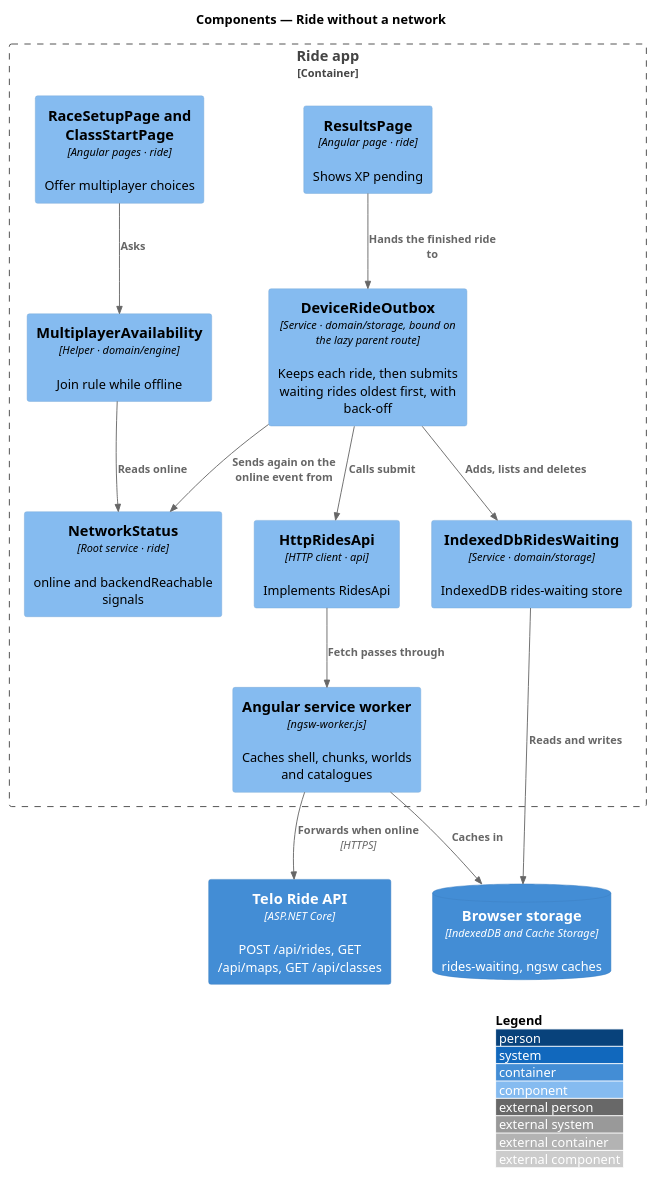
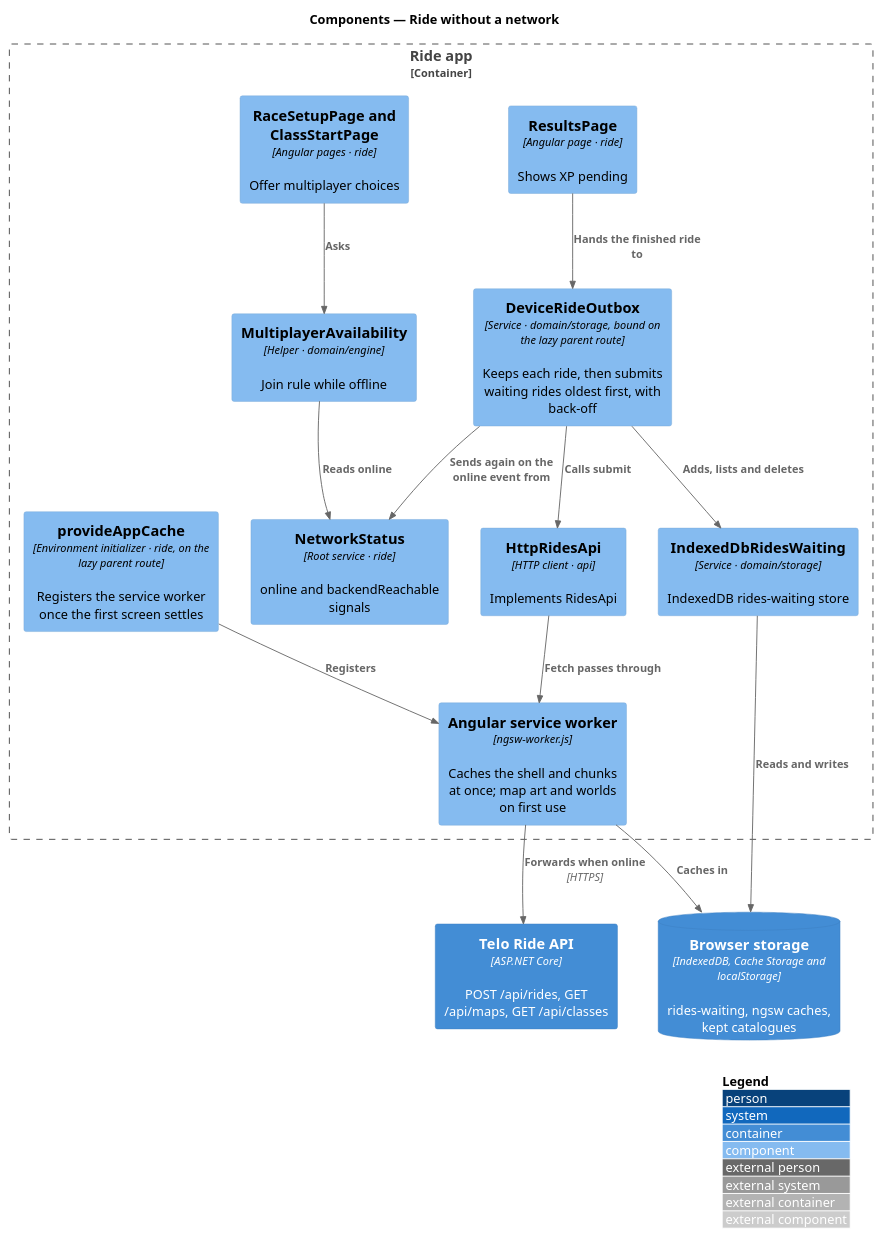
Before and after one commit to QuinntyneBrown/wattzup: the diagram in docs/detailed-designs/performance/ride-without-a-network/diagrams/c4-component.puml, drawn with PlantUML. The commit also changed 7 other files, not shown here.

First line of the commit message:
Design slice 17.2's app cache

```diff
--- a/docs/detailed-designs/performance/ride-without-a-network/diagrams/c4-component.puml
+++ b/docs/detailed-designs/performance/ride-without-a-network/diagrams/c4-component.puml
@@ -1,28 +1,30 @@
 @startuml
 !include <C4/C4_Component>
 LAYOUT_WITH_LEGEND()
 title Components — Ride without a network
 
 Container(api, "Telo Ride API", "ASP.NET Core", "POST /api/rides, GET /api/maps, GET /api/classes")
-ContainerDb(idb, "Browser storage", "IndexedDB and Cache Storage", "rides-waiting, ngsw caches")
+ContainerDb(idb, "Browser storage", "IndexedDB, Cache Storage and localStorage", "rides-waiting, ngsw caches, kept catalogues")
 Container_Boundary(app, "Ride app") {
   Component(results, "ResultsPage", "Angular page · ride", "Shows XP pending")
   Component(setup, "RaceSetupPage and ClassStartPage", "Angular pages · ride", "Offer multiplayer choices")
   Component(sync, "DeviceRideOutbox", "Service · domain/storage, bound on the lazy parent route", "Keeps each ride, then submits waiting rides oldest first, with back-off")
   Component(net, "NetworkStatus", "Root service · ride", "online and backendReachable signals")
   Component(avail, "MultiplayerAvailability", "Helper · domain/engine", "Join rule while offline")
   Component(outbox, "IndexedDbRidesWaiting", "Service · domain/storage", "IndexedDB rides-waiting store")
   Component(ridesApi, "HttpRidesApi", "HTTP client · api", "Implements RidesApi")
-  Component(sw, "Angular service worker", "ngsw-worker.js", "Caches shell, chunks, worlds and catalogues")
+  Component(register, "provideAppCache", "Environment initializer · ride, on the lazy parent route", "Registers the service worker once the first screen settles")
+  Component(sw, "Angular service worker", "ngsw-worker.js", "Caches the shell and chunks at once; map art and worlds on first use")
 }
 Rel(results, sync, "Hands the finished ride to")
 Rel(sync, outbox, "Adds, lists and deletes")
 Rel(sync, ridesApi, "Calls submit")
 Rel(sync, net, "Sends again on the online event from")
 Rel(setup, avail, "Asks")
 Rel(avail, net, "Reads online")
 Rel(outbox, idb, "Reads and writes")
 Rel(ridesApi, sw, "Fetch passes through")
+Rel(register, sw, "Registers")
 Rel(sw, idb, "Caches in")
 Rel(sw, api, "Forwards when online", "HTTPS")
 @enduml
```
